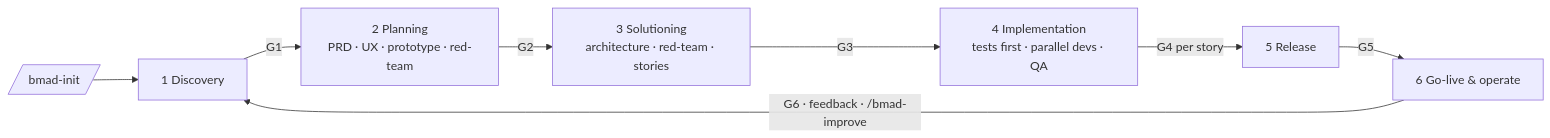
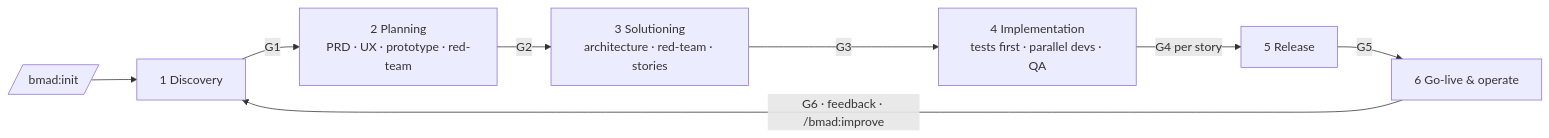
Before and after one commit to mliebski/bmad-agentic-framework: the diagram in bmad/GUIDE.md, drawn with Mermaid. The commit also changed other lines of this file and 27 other files, not shown here.

````diff
--- a/bmad/GUIDE.md
+++ b/bmad/GUIDE.md
@@ -73,10 +84,10 @@
 ```mermaid
 flowchart LR
-  I[/bmad-init/] --> D[1 Discovery]
+  I[/bmad:init/] --> D[1 Discovery]
   D -->|G1| P[2 Planning<br>PRD · UX · prototype · red-team]
   P -->|G2| S[3 Solutioning<br>architecture · red-team · stories]
   S -->|G3| M[4 Implementation<br>tests first · parallel devs · QA]
   M -->|G4 per story| R[5 Release]
   R -->|G5| G[6 Go-live & operate]
-  G -->|G6 · feedback · /bmad-improve| D
+  G -->|G6 · feedback · /bmad:improve| D
 ```
````
